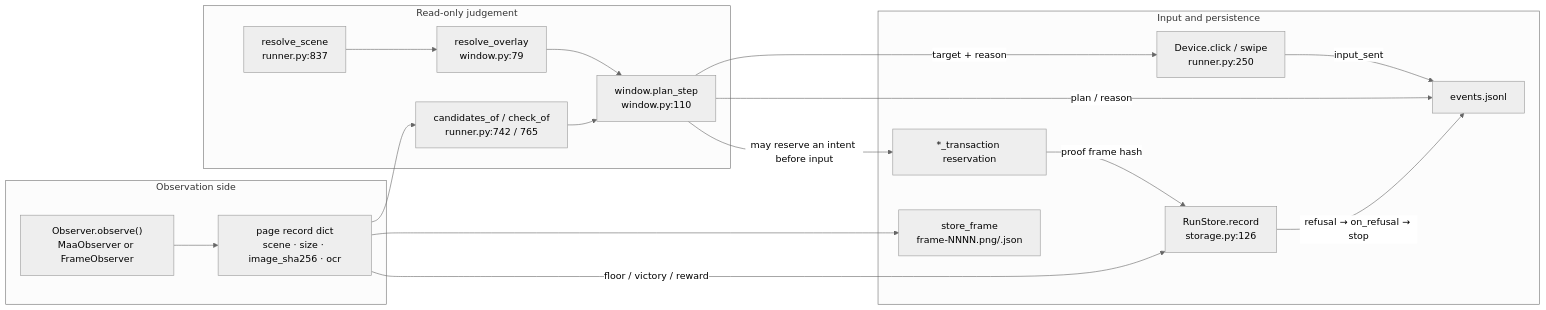
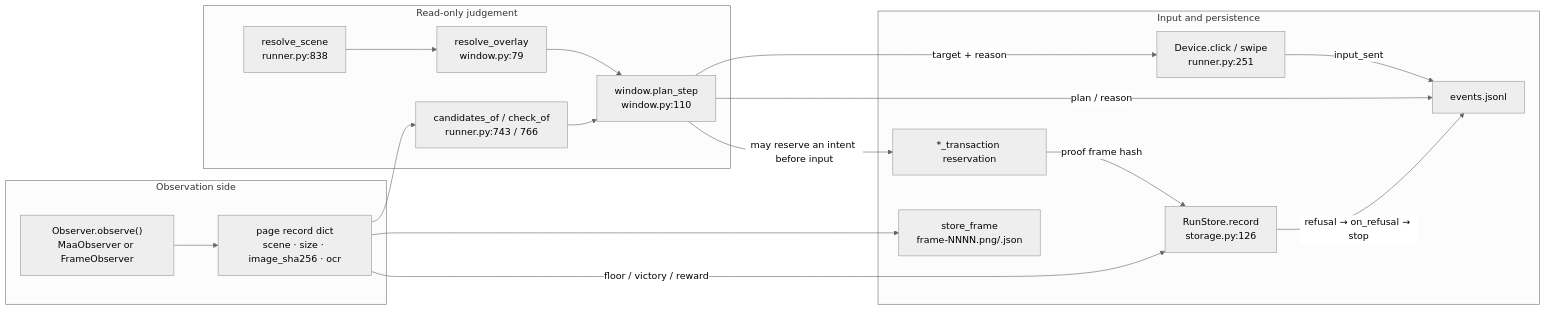
The third of 3 diagrams in docs/wiki/en_us/2-architecture.md (sairaisaika/MaaLimbus), drawn with Mermaid (neutral theme) before and after one commit. The commit also changed other lines of this file and 28 other files, not shown here.

Commit message:
Fix entry reconciliation shadowing and document engineering diagram semantics

````diff
--- a/docs/wiki/en_us/2-architecture.md
+++ b/docs/wiki/en_us/2-architecture.md
@@ -228,34 +218,34 @@
 ```mermaid
 flowchart LR
     subgraph IN["Observation side"]
         OBS["Observer.observe()<br/>MaaObserver or FrameObserver"]
         REC["page record dict<br/>scene · size · image_sha256 · ocr"]
         OBS --> REC
     end
 
     subgraph READ["Read-only judgement"]
-        SCENE["resolve_scene<br/>runner.py:837"]
+        SCENE["resolve_scene<br/>runner.py:838"]
         OVL["resolve_overlay<br/>window.py:79"]
-        CAND["candidates_of / check_of<br/>runner.py:742 / 765"]
+        CAND["candidates_of / check_of<br/>runner.py:743 / 766"]
         PLAN["window.plan_step<br/>window.py:110"]
         SCENE --> OVL --> PLAN
         REC --> CAND --> PLAN
     end
 
     subgraph WRITE["Input and persistence"]
-        DEV["Device.click / swipe<br/>runner.py:250"]
+        DEV["Device.click / swipe<br/>runner.py:251"]
         FRAME["store_frame<br/>frame-NNNN.png/.json"]
         JRN["events.jsonl"]
         LEDGER["RunStore.record<br/>storage.py:126"]
         TXN["*_transaction reservation"]
     end
 
     REC --> FRAME
     PLAN -->|"target + reason"| DEV
     DEV -->|"input_sent"| JRN
     PLAN -->|"plan / reason"| JRN
     REC -->|"floor / victory / reward"| LEDGER
     LEDGER -->|"refusal → on_refusal → stop"| JRN
     PLAN -->|"may reserve an intent before input"| TXN
     TXN -->|"proof frame hash"| LEDGER
 ```
````
